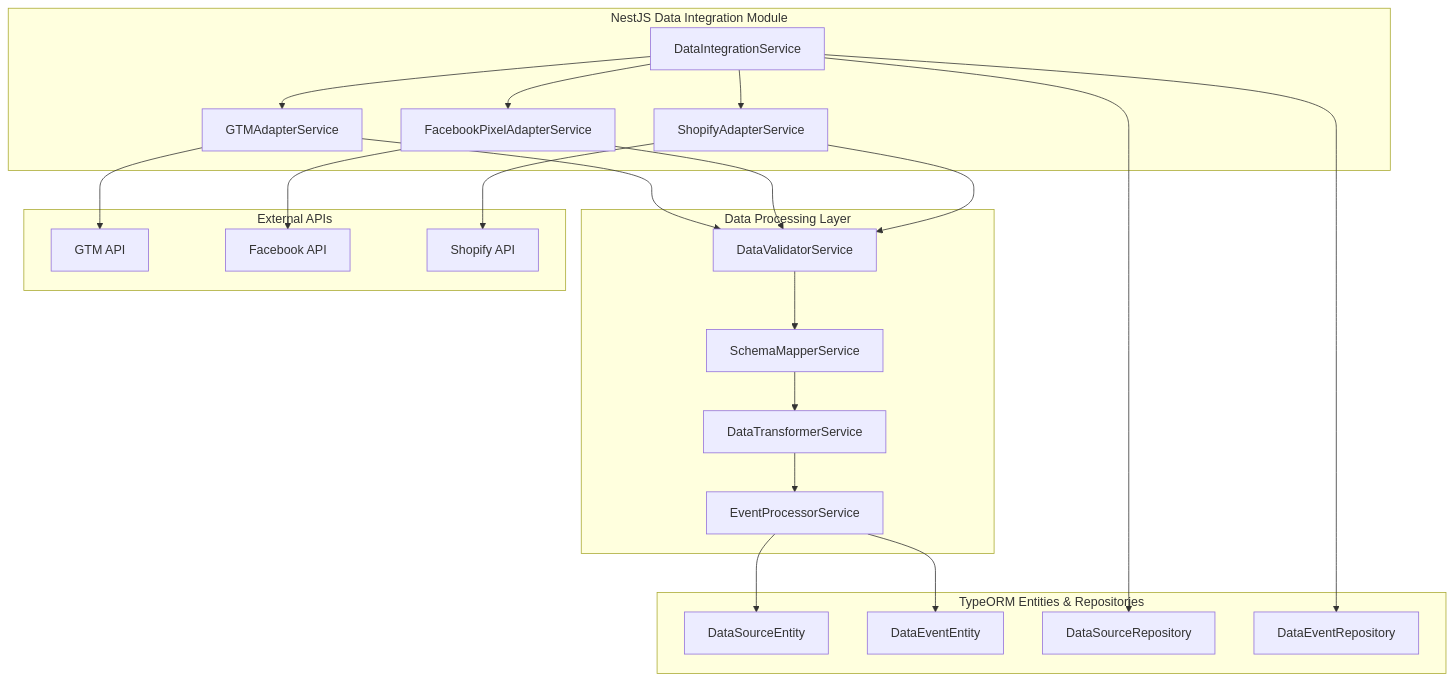
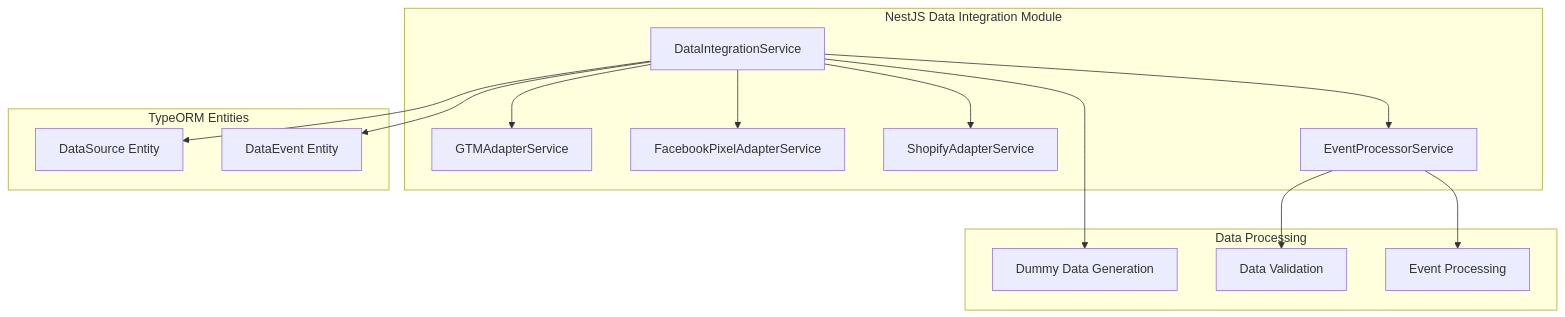
Before and after one commit to sakibrahmanchy/markopolo-ai-fullstack-challenge: the fifth of 8 diagrams in docs/system-design.md, drawn with Mermaid. The commit also changed other lines of this file and 18 other files, not shown here.

````diff
--- a/docs/system-design.md
+++ b/docs/system-design.md
@@ -258,46 +239,31 @@
 ```mermaid
 graph TB
     subgraph "NestJS Data Integration Module"
         A[DataIntegrationService]
         B[GTMAdapterService]
         C[FacebookPixelAdapterService]
         D[ShopifyAdapterService]
+        E[EventProcessorService]
     end
     
-    subgraph "Data Processing Layer"
-        E[DataValidatorService]
-        F[SchemaMapperService]
-        G[DataTransformerService]
-        H[EventProcessorService]
+    subgraph "Data Processing"
+        F[Dummy Data Generation]
+        G[Data Validation]
+        H[Event Processing]
     end
     
-    subgraph "TypeORM Entities & Repositories"
-        I[DataSourceEntity]
-        J[DataEventEntity]
-        K[DataSourceRepository]
-        L[DataEventRepository]
-    end
-    
-    subgraph "External APIs"
-        M[GTM API]
-        N[Facebook API]
-        O[Shopify API]
+    subgraph "TypeORM Entities"
+        I[DataSource Entity]
+        J[DataEvent Entity]
     end
     
     A --> B
     A --> C
     A --> D
-    B --> M
-    C --> N
-    D --> O
-    B --> E
-    C --> E
-    D --> E
-    E --> F
-    F --> G
-    G --> H
-    H --> I
-    H --> J
-    A --> K
-    A --> L
+    A --> E
+    A --> F
+    E --> G
+    E --> H
+    A --> I
+    A --> J
 ```
````
